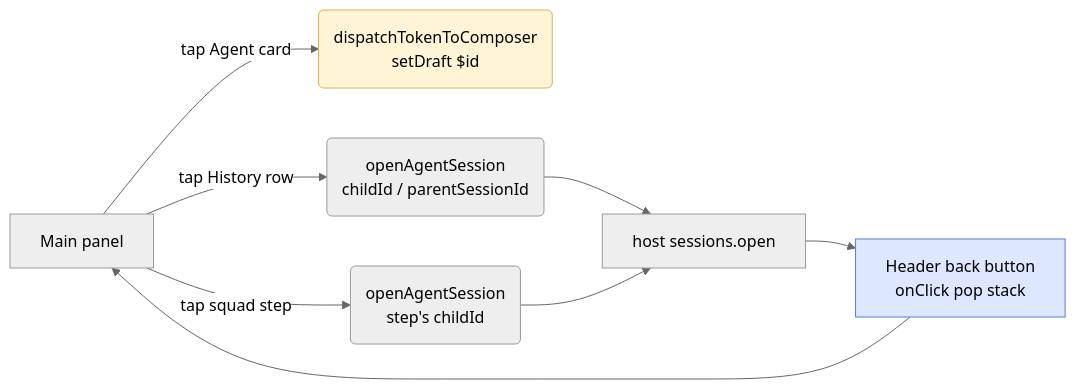
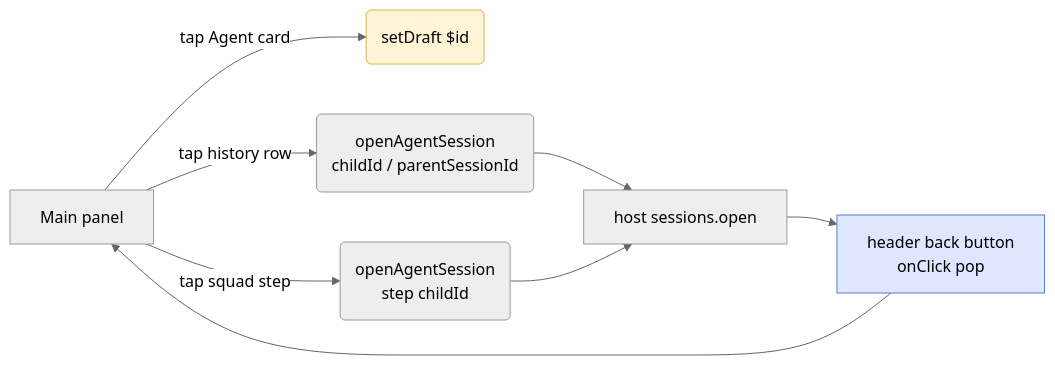
Before and after one commit to ArmingLou/dsh-agent-dispatch: the fourth of 4 diagrams in README.en.md, drawn with Mermaid (neutral theme). The commit also changed other lines of this file and 31 other files, not shown here.

Commit message:
v1.1.0: expert 全面改名 agent，删除内置 Agent/小队，换真实 UI 截图

````diff
--- a/README.en.md
+++ b/README.en.md
@@ -240,12 +237,12 @@
 ```mermaid
 flowchart LR
-    A[Main panel] -->|tap Agent card| B(dispatchTokenToComposer<br/>setDraft $id)
-    A -->|tap History row| C(openAgentSession<br/>childId / parentSessionId)
-    A -->|tap squad step| D(openAgentSession<br/>step's childId)
+    A[Main panel] -->|tap Agent card| B(setDraft $id)
+    A -->|tap history row| C(openAgentSession<br/>childId / parentSessionId)
+    A -->|tap squad step| D(openAgentSession<br/>step childId)
     C --> E[host sessions.open]
     D --> E
-    E --> F[Header back button<br/>onClick pop stack]
+    E --> F[header back button<br/>onClick pop]
     F --> A
     style B fill:#fff5d6,stroke:#d6b15b
     style F fill:#dde7ff,stroke:#5b7bd6
 ```
````
